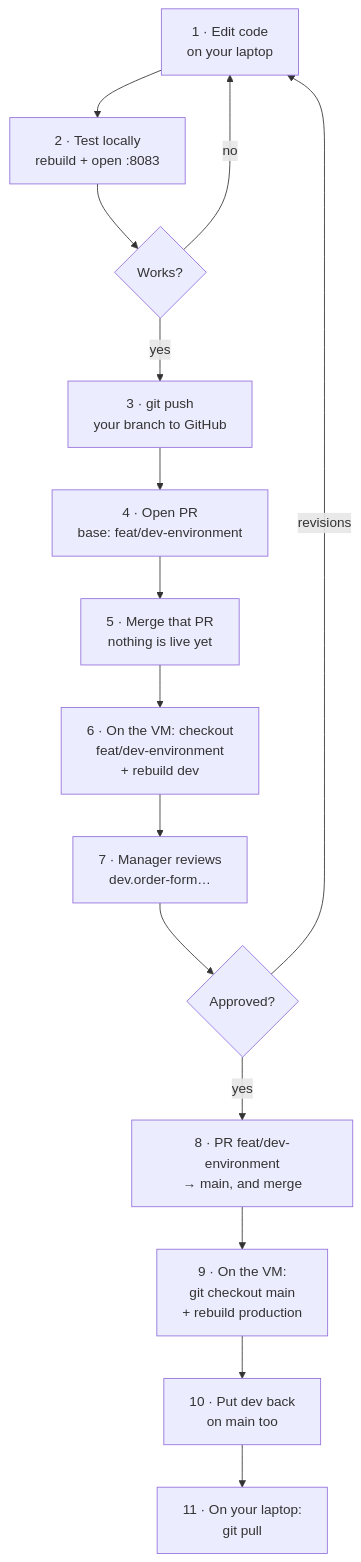
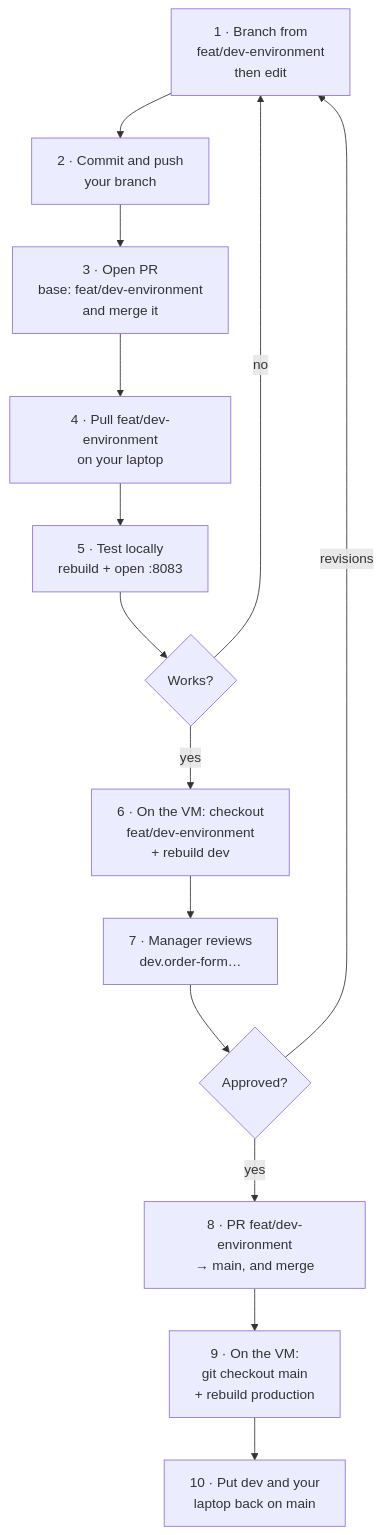
The second of 2 diagrams in docs/deploy/README.md (Wooden-Ships-Knits/wholesale-order-entry), drawn with Mermaid before and after one commit. The commit also changed other lines of this file and 1 other file, not shown here.

````diff
--- a/docs/deploy/README.md
+++ b/docs/deploy/README.md
@@ -238,17 +468,16 @@
 ```mermaid
 flowchart TD
-    A["1 · Edit code<br/>on your laptop"] --> B["2 · Test locally<br/>rebuild + open :8083"]
-    B --> C{"Works?"}
-    C -->|no| A
-    C -->|yes| D["3 · git push<br/>your branch to GitHub"]
-    D --> E["4 · Open PR<br/>base: feat/dev-environment"]
-    E --> F["5 · Merge that PR<br/>nothing is live yet"]
-    F --> G["6 · On the VM: checkout<br/>feat/dev-environment<br/>+ rebuild dev"]
+    A["1 · Branch from<br/>feat/dev-environment<br/>then edit"] --> B["2 · Commit and push<br/>your branch"]
+    B --> C["3 · Open PR<br/>base: feat/dev-environment<br/>and merge it"]
+    C --> D["4 · Pull feat/dev-environment<br/>on your laptop"]
+    D --> E["5 · Test locally<br/>rebuild + open :8083"]
+    E --> F{"Works?"}
+    F -->|no| A
+    F -->|yes| G["6 · On the VM: checkout<br/>feat/dev-environment<br/>+ rebuild dev"]
     G --> H["7 · Manager reviews<br/>dev.order-form…"]
     H --> I{"Approved?"}
     I -->|"revisions"| A
     I -->|yes| J["8 · PR feat/dev-environment<br/>→ main, and merge"]
     J --> K["9 · On the VM:<br/>git checkout main<br/>+ rebuild production"]
-    K --> L["10 · Put dev back<br/>on main too"]
-    L --> M["11 · On your laptop:<br/>git pull"]
+    K --> L["10 · Put dev and your<br/>laptop back on main"]
 ```
````
